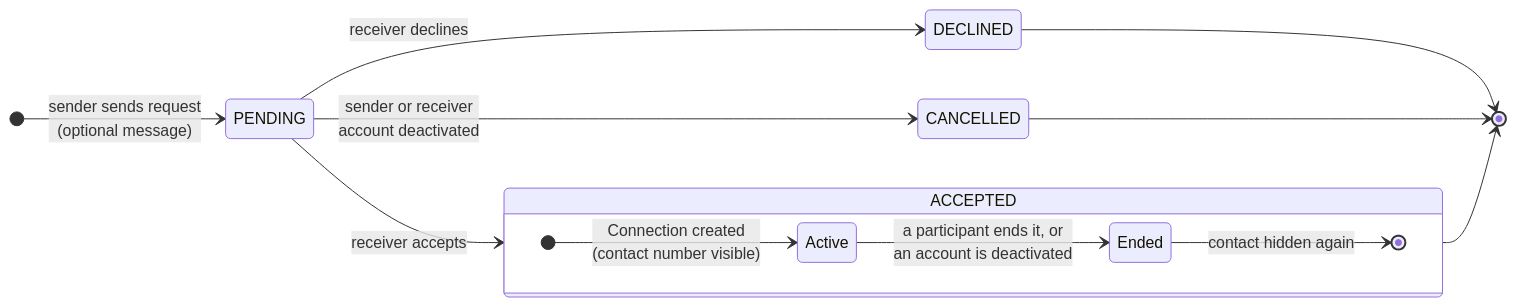
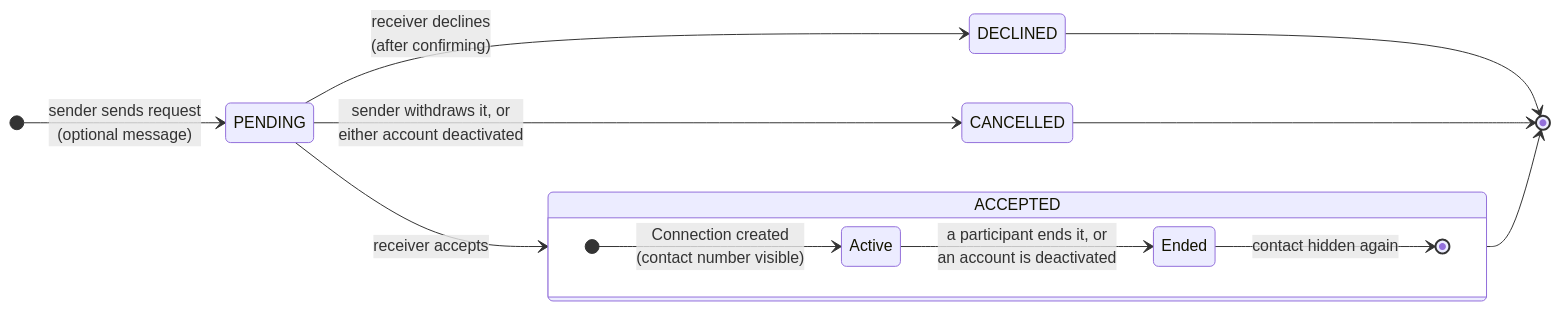
Before and after one commit to aryan12singh/study-buddy-matcher: the fourth of 12 diagrams in docs/diagrams/TEAM_C.md, drawn with Mermaid. The commit also changed other lines of this file, not shown here.

First line of the commit message:
docs: add withdraw, cancel and leave to the team c lifecycle diagrams

````diff
--- a/docs/diagrams/TEAM_C.md
+++ b/docs/diagrams/TEAM_C.md
@@ -162,18 +162,18 @@
 ```mermaid
 stateDiagram-v2
     direction LR
     [*] --> PENDING : sender sends request<br/>(optional message)
     PENDING --> ACCEPTED : receiver accepts
-    PENDING --> DECLINED : receiver declines
-    PENDING --> CANCELLED : sender or receiver<br/>account deactivated
+    PENDING --> DECLINED : receiver declines<br/>(after confirming)
+    PENDING --> CANCELLED : sender withdraws it, or<br/>either account deactivated
     ACCEPTED --> [*]
     DECLINED --> [*]
     CANCELLED --> [*]
 
     state ACCEPTED {
         direction LR
         [*] --> Active : Connection created<br/>(contact number visible)
         Active --> Ended : a participant ends it, or<br/>an account is deactivated
         Ended --> [*] : contact hidden again
     }
 ```
````
